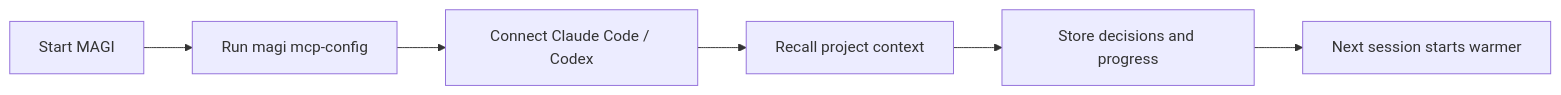
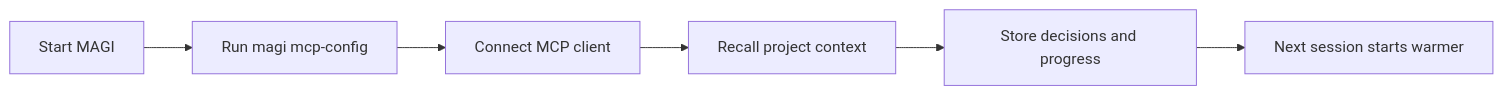
Before and after one commit to j33pguy/magi: the first of 2 diagrams in docs/onboarding.md, drawn with Mermaid. The commit also changed other lines of this file and 15 other files, not shown here.

````diff
--- a/docs/onboarding.md
+++ b/docs/onboarding.md
@@ -34,8 +35,8 @@
 ```mermaid
 graph LR
     A["Start MAGI"] --> B["Run magi mcp-config"]
-    B --> C["Connect Claude Code / Codex"]
+    B --> C["Connect MCP client"]
     C --> D["Recall project context"]
     D --> E["Store decisions and progress"]
     E --> F["Next session starts warmer"]
 ```
````
